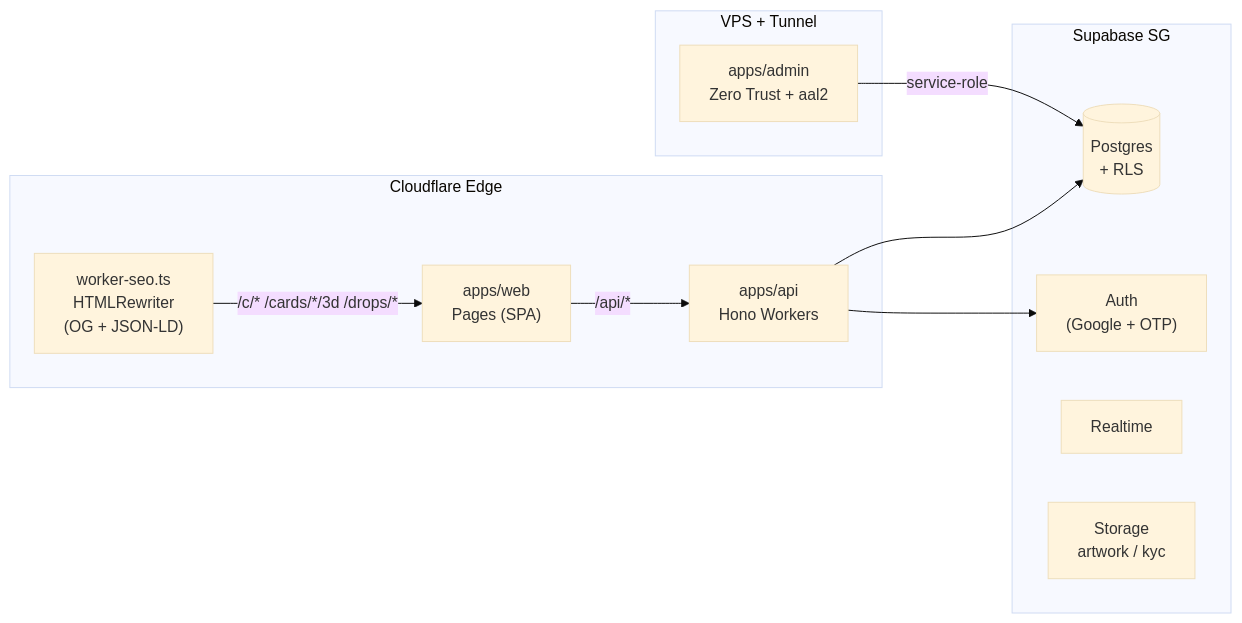
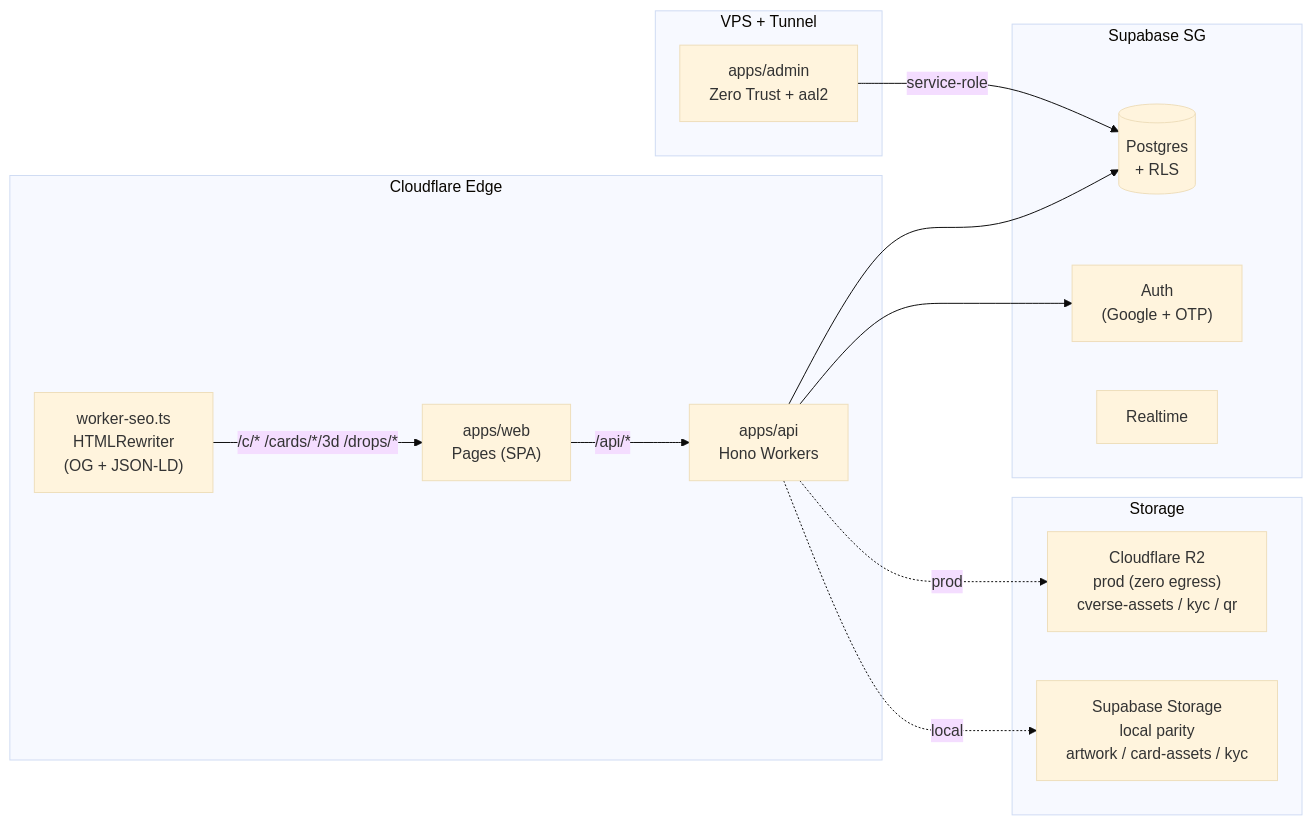
The diagram in README.md (aikazu/c-verse-platform), drawn with Mermaid (base theme) before and after one commit. The commit also changed other lines of this file and 1 other file, not shown here.

First line of the commit message:
docs: fix storage — prod R2 vs Supabase parity

````diff
--- a/README.md
+++ b/README.md
@@ -29,23 +29,28 @@
 ```mermaid
 flowchart LR
   subgraph Edge["Cloudflare Edge"]
     Pages["apps/web<br/>Pages (SPA)"]
     WorkerSEO["worker-seo.ts<br/>HTMLRewriter<br/>(OG + JSON-LD)"]
     Api["apps/api<br/>Hono Workers"]
   end
   subgraph Data["Supabase SG"]
     DB[("Postgres<br/>+ RLS")]
     Auth["Auth<br/>(Google + OTP)"]
     RT["Realtime"]
-    Storage["Storage<br/>artwork / kyc"]
+  end
+  subgraph StorageBox["Storage"]
+    R2["Cloudflare R2<br/>prod (zero egress)<br/>cverse-assets / kyc / qr"]
+    SupaBuckets["Supabase Storage<br/>local parity<br/>artwork / card-assets / kyc"]
   end
   subgraph Ops["VPS + Tunnel"]
     Admin["apps/admin<br/>Zero Trust + aal2"]
   end
 
   WorkerSEO -->|/c/* /cards/*/3d /drops/*| Pages
   Api --> DB
   Api --> Auth
+  Api -.->|prod| R2
+  Api -.->|local| SupaBuckets
   Admin -->|service-role| DB
   Pages -->|/api/*| Api
 ```
````
